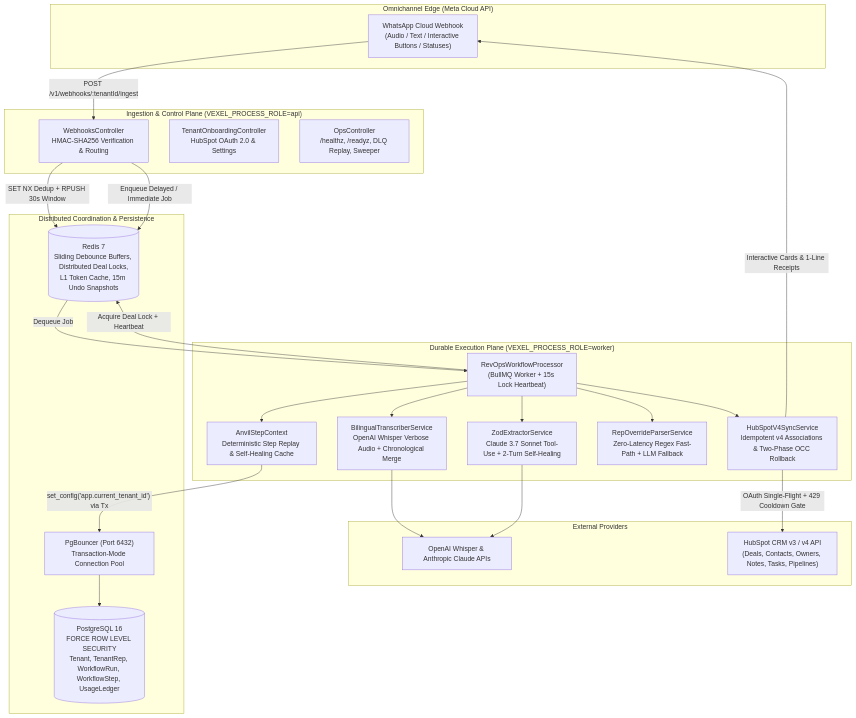
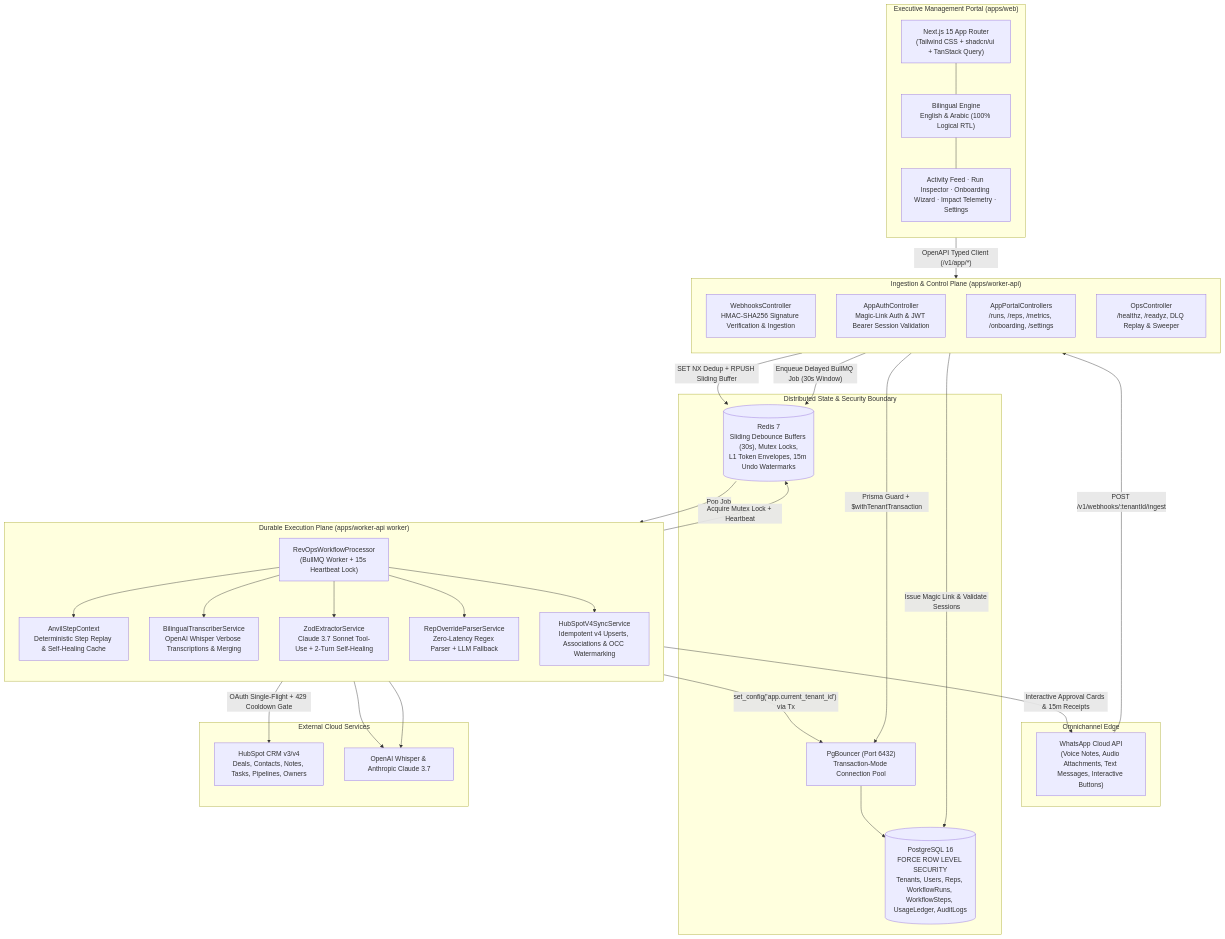
One commit to mo74x/vexel changed the first of 5 diagrams in README.md. Above: the diagram before and after it, drawn with Mermaid. The commit also changed other lines of this file, not shown here.

Commit message:
docs: upgrade readme with comprehensive architecture diagrams and portal guide

````diff
--- a/README.md
+++ b/README.md
@@ -26,49 +42,65 @@
 ```mermaid
 flowchart TB
-  subgraph Edge["Omnichannel Edge (Meta Cloud API)"]
-    WA["WhatsApp Cloud Webhook<br/>(Audio / Text / Interactive Buttons / Statuses)"]
+  subgraph Edge["Omnichannel Edge"]
+    WA["WhatsApp Cloud API<br/>(Voice Notes, Audio Attachments, Text Messages, Interactive Buttons)"]
   end
 
-  subgraph API["Ingestion & Control Plane (VEXEL_PROCESS_ROLE=api)"]
-    WC["WebhooksController<br/>HMAC-SHA256 Verification & Routing"]
-    OC["TenantOnboardingController<br/>HubSpot OAuth 2.0 & Settings"]
-    OPS["OpsController<br/>/healthz, /readyz, DLQ Replay, Sweeper"]
+  subgraph Ingestion["Ingestion & Control Plane (apps/worker-api)"]
+    direction TB
+    WC["WebhooksController<br/>HMAC-SHA256 Signature Verification & Ingestion"]
+    AUTH["AppAuthController<br/>Magic-Link Auth & JWT Bearer Session Validation"]
+    APP["AppPortalControllers<br/>/runs, /reps, /metrics, /onboarding, /settings"]
+    OPS["OpsController<br/>/healthz, /readyz, DLQ Replay & Sweeper"]
   end
 
-  subgraph State["Distributed Coordination & Persistence"]
-    REDIS[("Redis 7<br/>Sliding Debounce Buffers, Distributed Deal Locks,<br/>L1 Token Cache, 15m Undo Snapshots")]
+  subgraph State["Distributed State & Security Boundary"]
+    REDIS[("Redis 7<br/>Sliding Debounce Buffers (30s), Mutex Locks,<br/>L1 Token Envelopes, 15m Undo Watermarks")]
     PGB["PgBouncer (Port 6432)<br/>Transaction-Mode Connection Pool"]
-    PG[("PostgreSQL 16<br/>FORCE ROW LEVEL SECURITY<br/>Tenant, TenantRep, WorkflowRun, WorkflowStep, UsageLedger")]
+    PG[("PostgreSQL 16<br/>FORCE ROW LEVEL SECURITY<br/>Tenants, Users, Reps, WorkflowRuns, WorkflowSteps, UsageLedger, AuditLogs")]
   end
 
-  subgraph Worker["Durable Execution Plane (VEXEL_PROCESS_ROLE=worker)"]
-    PROC["RevOpsWorkflowProcessor<br/>(BullMQ Worker + 15s Lock Heartbeat)"]
+  subgraph ExecutionPlane["Durable Execution Plane (apps/worker-api worker)"]
+    direction TB
+    PROC["RevOpsWorkflowProcessor<br/>(BullMQ Worker + 15s Heartbeat Lock)"]
     ANVIL["AnvilStepContext<br/>Deterministic Step Replay & Self-Healing Cache"]
-    TRANS["BilingualTranscriberService<br/>OpenAI Whisper Verbose Audio + Chronological Merge"]
+    TRANS["BilingualTranscriberService<br/>OpenAI Whisper Verbose Transcriptions & Merging"]
     EXT["ZodExtractorService<br/>Claude 3.7 Sonnet Tool-Use + 2-Turn Self-Healing"]
-    OVR["RepOverrideParserService<br/>Zero-Latency Regex Fast-Path + LLM Fallback"]
-    SYNC["HubSpotV4SyncService<br/>Idempotent v4 Associations & Two-Phase OCC Rollback"]
+    OVR["RepOverrideParserService<br/>Zero-Latency Regex Parser + LLM Fallback"]
+    SYNC["HubSpotV4SyncService<br/>Idempotent v4 Upserts, Associations & OCC Watermarking"]
   end
 
-  subgraph External["External Providers"]
-    HS["HubSpot CRM v3 / v4 API<br/>(Deals, Contacts, Owners, Notes, Tasks, Pipelines)"]
-    AI["OpenAI Whisper & Anthropic Claude APIs"]
+  subgraph Frontend["Executive Management Portal (apps/web)"]
+    direction TB
+    NEXT["Next.js 15 App Router<br/>(Tailwind CSS + shadcn/ui + TanStack Query)"]
+    I18N["Bilingual Engine<br/>English & Arabic (100% Logical RTL)"]
+    PAGES["Activity Feed · Run Inspector · Onboarding Wizard · Impact Telemetry · Settings"]
+  end
+
+  subgraph Providers["External Cloud Services"]
+    HS["HubSpot CRM v3/v4<br/>Deals, Contacts, Notes, Tasks, Pipelines, Owners"]
+    AI["OpenAI Whisper & Anthropic Claude 3.7"]
   end
 
   WA -->|"POST /v1/webhooks/:tenantId/ingest"| WC
-  WC -->|"SET NX Dedup + RPUSH 30s Window"| REDIS
-  WC -->|"Enqueue Delayed / Immediate Job"| REDIS
-  REDIS -->|"Dequeue Job"| PROC
-  PROC -->|"Acquire Deal Lock + Heartbeat"| REDIS
+  WC -->|"SET NX Dedup + RPUSH Sliding Buffer"| REDIS
+  WC -->|"Enqueue Delayed BullMQ Job (30s Window)"| REDIS
+  REDIS -->|"Pop Job"| PROC
+  PROC -->|"Acquire Mutex Lock + Heartbeat"| REDIS
   PROC --> ANVIL
   ANVIL -->|"set_config('app.current_tenant_id') via Tx"| PGB
   PGB --> PG
   PROC --> TRANS
   PROC --> EXT
   PROC --> OVR
   PROC --> SYNC
   TRANS --> AI
   EXT --> AI
   SYNC -->|"OAuth Single-Flight + 429 Cooldown Gate"| HS
-  SYNC -->|"Interactive Cards & 1-Line Receipts"| WA
+  SYNC -->|"Interactive Approval Cards & 15m Receipts"| WA
+
+  NEXT -->|"OpenAPI Typed Client (/v1/app/*)"| APP
+  APP -->|"Prisma Guard + $withTenantTransaction"| PGB
+  AUTH -->|"Issue Magic Link & Validate Sessions"| PG
+  NEXT --- I18N
+  I18N --- PAGES
 ```
````
